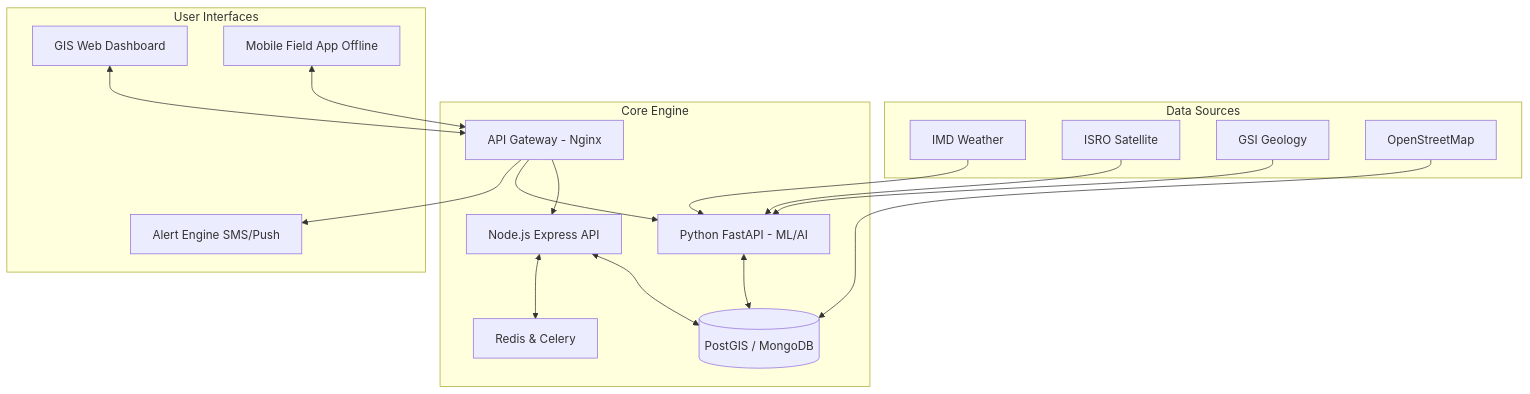
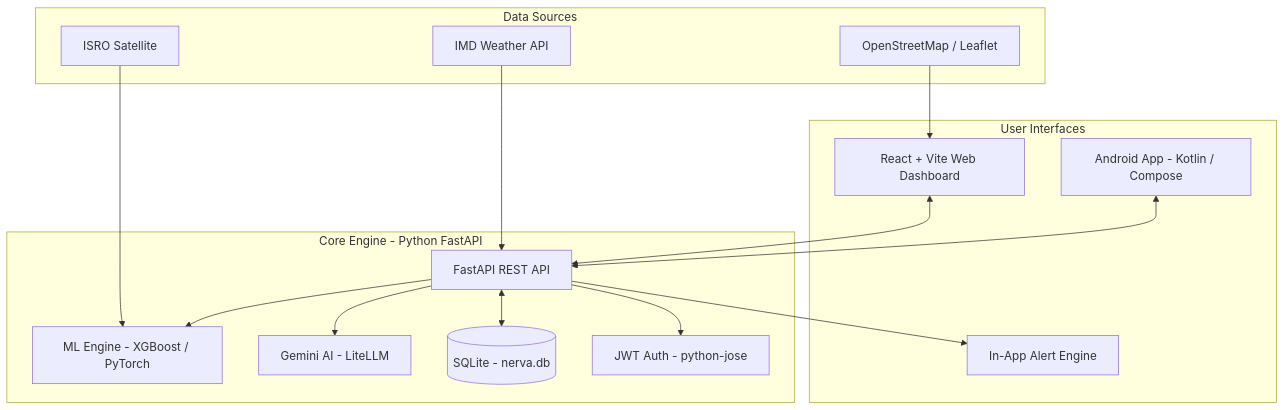
One commit to pixel1273/NERVA-official changed the first of 3 diagrams in ppt.md. Above: the diagram before and after it, drawn with Mermaid. The commit also changed other lines of this file, not shown here.

Commit message:
changed ppt

````diff
--- a/ppt.md
+++ b/ppt.md
@@ -33,42 +33,38 @@
 ```mermaid
 graph TD
     %% Data Sources
     subgraph Data Sources
-        IMD[IMD Weather]
+        IMD[IMD Weather API]
         ISRO[ISRO Satellite]
-        GSI[GSI Geology]
-        OSM[OpenStreetMap]
+        OSM[OpenStreetMap / Leaflet]
     end
 
     %% Backend & ML
-    subgraph Core Engine
-        API[API Gateway - Nginx]
-        Node[Node.js Express API]
-        FastAPI[Python FastAPI - ML/AI]
-        DB[(PostGIS / MongoDB)]
-        Cache[Redis & Celery]
+    subgraph Core Engine - Python FastAPI
+        API[FastAPI REST API]
+        ML[ML Engine - XGBoost / PyTorch]
+        AI[Gemini AI - LiteLLM]
+        DB[(SQLite - nerva.db)]
+        Auth[JWT Auth - python-jose]
     end
 
     %% Frontends
     subgraph User Interfaces
-        Web[GIS Web Dashboard]
-        Mobile[Mobile Field App Offline]
-        Alerts[Alert Engine SMS/Push]
+        Web[React + Vite Web Dashboard]
+        Android[Android App - Kotlin / Compose]
+        Alerts[In-App Alert Engine]
     end
 
-    IMD --> FastAPI
-    ISRO --> FastAPI
-    GSI --> FastAPI
-    OSM --> DB
+    IMD --> API
+    ISRO --> ML
+    OSM --> Web
 
-    FastAPI <--> DB
-    Node <--> DB
-    Node <--> Cache
-
-    API --> Node
-    API --> FastAPI
+    API <--> DB
+    API --> ML
+    API --> AI
+    API --> Auth
 
     Web <--> API
-    Mobile <--> API
+    Android <--> API
     API --> Alerts
 ```
````
